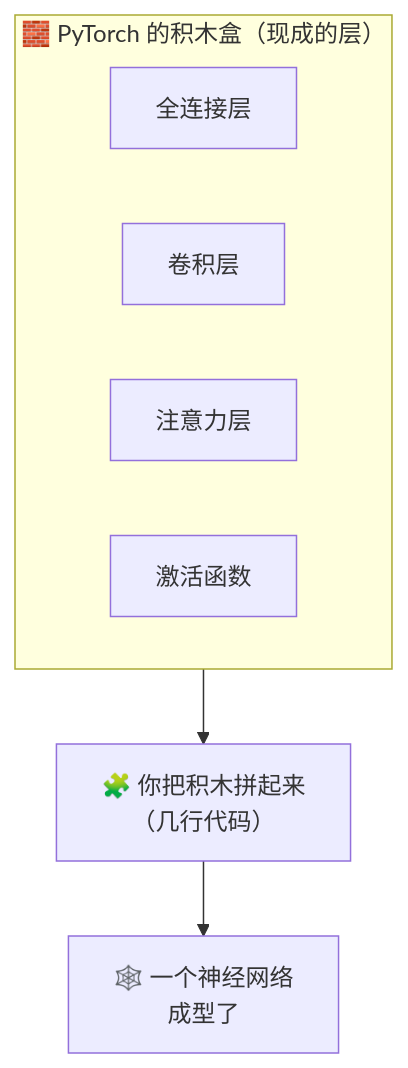
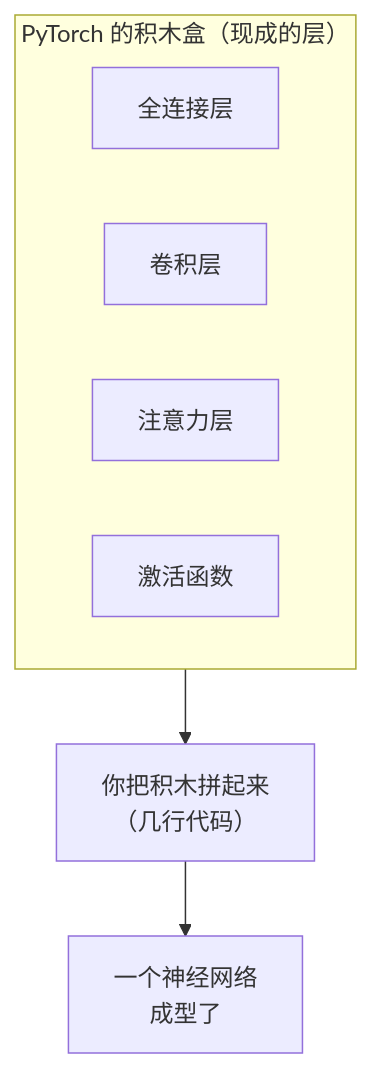
One commit to luckykhy/KhyAiHub changed the second of 7 diagrams in docs/02_CONCEPTS_概念入门/CONCEPT/[CONCEPT-15] 什么是PyTorch-深度学习框架.md. Above: the diagram before and after it, drawn with Mermaid. The commit also changed other lines of this file and 19 other files, not shown here.

````diff
--- a/docs/02_CONCEPTS_概念入门/CONCEPT/[CONCEPT-15] 什么是PyTorch-深度学习框架.md
+++ b/docs/02_CONCEPTS_概念入门/CONCEPT/[CONCEPT-15] 什么是PyTorch-深度学习框架.md
@@ -76,11 +76,11 @@
 ```mermaid
 flowchart TB
-  subgraph 积木盒["🧱 PyTorch 的积木盒（现成的层）"]
+  subgraph 积木盒["PyTorch 的积木盒（现成的层）"]
     K1["全连接层"]
     K2["卷积层"]
     K3["注意力层"]
     K4["激活函数"]
   end
-  积木盒 --> BUILD["🧩 你把积木拼起来<br/>（几行代码）"]
-  BUILD --> NET["🕸️ 一个神经网络<br/>成型了"]
+  积木盒 --> BUILD["你把积木拼起来<br/>（几行代码）"]
+  BUILD --> NET["一个神经网络<br/>成型了"]
 ```
````
